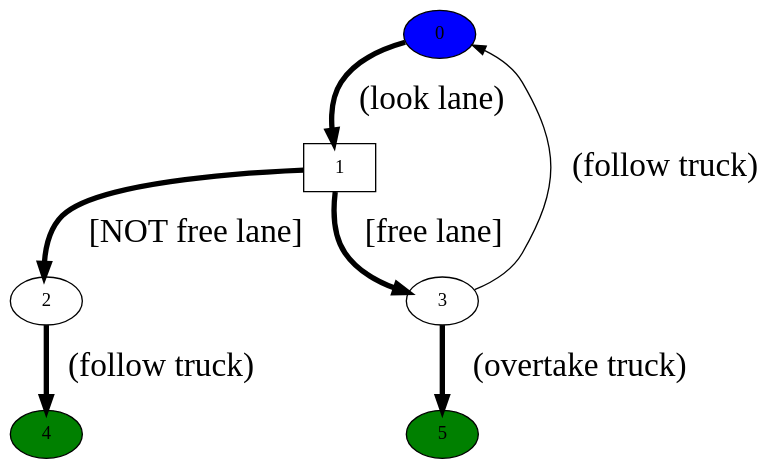
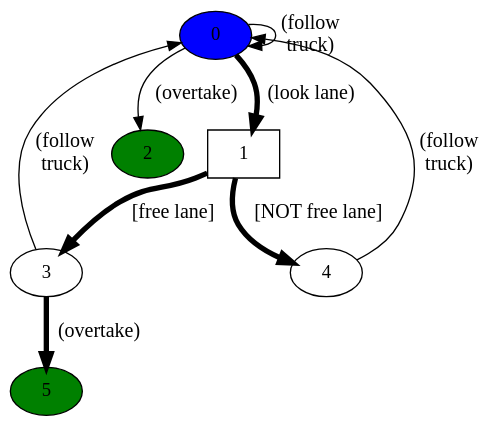
Before and after one commit to cambyse/iros-camille-2018: the diagram in images/graph.gv, drawn with Graphviz. The commit also changed 2052 other files, not shown here.

```diff
--- a/images/graph.gv
+++ b/images/graph.gv
@@ -1,15 +1,19 @@
 digraph g{
 bgcolor="transparent"{
-0 [style=filled, fillcolor=blue]
-4 [style=filled, fillcolor=green]
-5 [style=filled, fillcolor=green]
+0 [style=filled, fillcolor=blue, pos = "0,0!"]
+1 [ shape=box, pos = "0,-2!" ] ;
+2 [style=filled, fillcolor=green, pos = "-4,-4!"]
+3 [ pos = "2,-4!" ]
+5 [ pos = "-2,-4!", style=filled, fillcolor=green ]
+4 [ pos = "2,-6!"]
 }
 edge[fontsize = 25];
-1 [ shape=box ] ;
-0->1 [ label="(look lane)", penwidth=4 ];
-1->2 [ label="[NOT free lane]", penwidth=4 ];
-2->4 [ label="(follow truck)", penwidth=4 ];
-1->3 [ label="[free lane]", penwidth=4 ];
-3->5 [ label="(overtake truck)", penwidth=4 ];
-3->0 [ label="(follow truck)" ];
+0->0 [ label="(follow\ntruck)", fontsize = 15 ];
+0->1 [ label="(look lane)", penwidth=4, fontsize = 15  ];
+0->2 [ label="(overtake)", fontsize = 15  ];
+1->4 [ label="[NOT free lane]", penwidth=4, fontsize = 15  ];
+4->0 [ label="(follow\ntruck)", fontsize = 15  ];
+1->3 [ label="[free lane]", penwidth=4, fontsize = 15  ];
+3->5 [ label="(overtake)", penwidth=4, fontsize = 15  ];
+3->0 [ label="(follow\ntruck)", fontsize = 15  ];
 }
```
